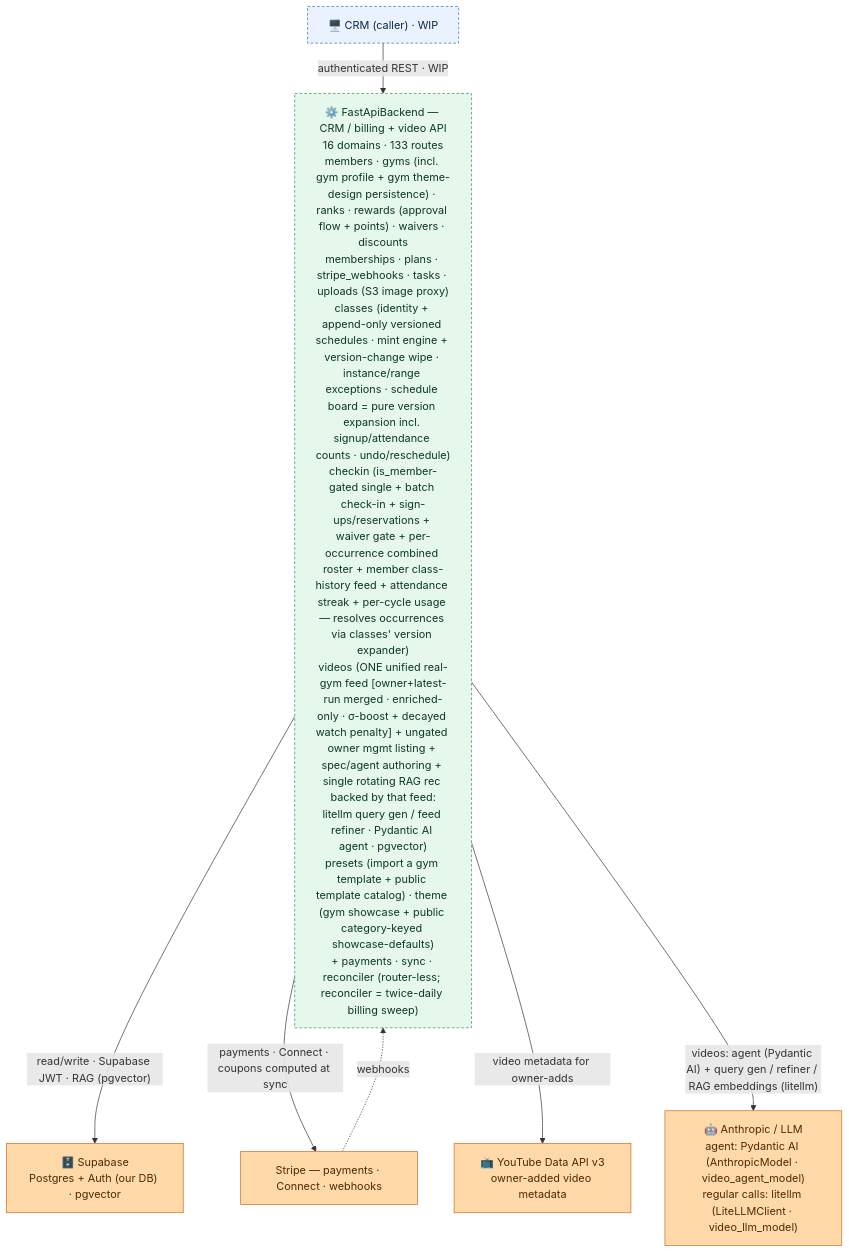
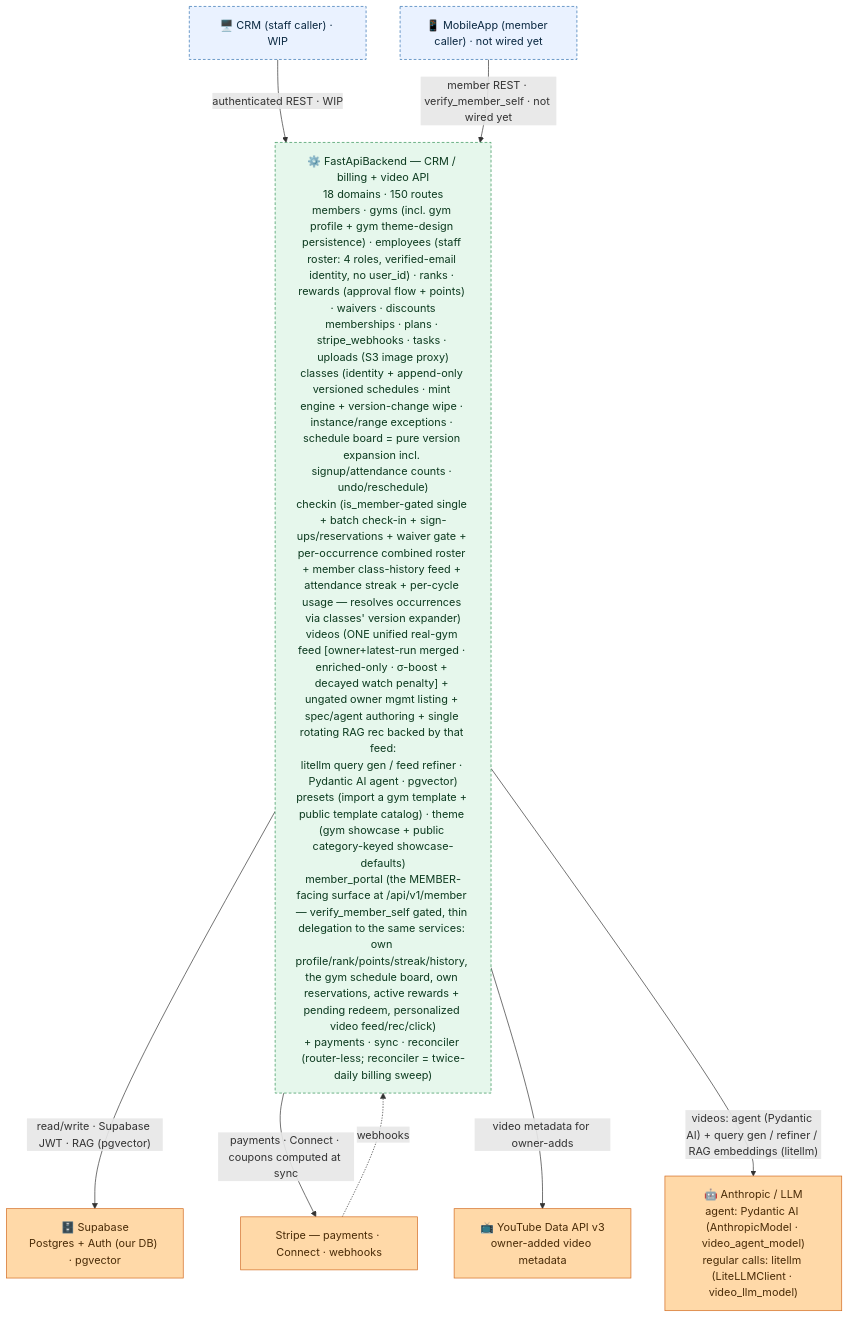
Before and after one commit to jesse51002/CombatDen: the diagram in FastApiBackend/README.md, drawn with Mermaid. The commit also changed other lines of this file and 264 other files, not shown here.

First line of the commit message:
Employees go live: 4-role staff access, email-linked identity, live employees domain (#55)

````diff
--- a/FastApiBackend/README.md
+++ b/FastApiBackend/README.md
@@ -16,23 +16,26 @@
 ```mermaid
 flowchart TB
-  CRM["🖥️ CRM (caller) · WIP"]
-  FB["⚙️ FastApiBackend — CRM / billing + video API<br/>16 domains · 133 routes<br/>members · gyms (incl. gym profile + gym theme-design persistence) · ranks · rewards (approval flow + points) · waivers · discounts<br/>memberships · plans · stripe_webhooks · tasks · uploads (S3 image proxy)<br/>classes (identity + append-only versioned schedules · mint engine + version-change wipe · instance/range exceptions · schedule board = pure version expansion incl. signup/attendance counts · undo/reschedule)<br/>checkin (is_member-gated single + batch check-in + sign-ups/reservations + waiver gate + per-occurrence combined roster + member class-history feed + attendance streak + per-cycle usage — resolves occurrences via classes' version expander)<br/>videos (ONE unified real-gym feed [owner+latest-run merged · enriched-only · σ-boost + decayed watch penalty] + ungated owner mgmt listing + spec/agent authoring + single rotating RAG rec backed by that feed:<br/>litellm query gen / feed refiner · Pydantic AI agent · pgvector)<br/>presets (import a gym template + public template catalog) · theme (gym showcase + public category-keyed showcase-defaults)<br/>+ payments · sync · reconciler (router-less; reconciler = twice-daily billing sweep)"]
+  CRM["🖥️ CRM (staff caller) · WIP"]
+  MobileApp["📱 MobileApp (member caller) · not wired yet"]
+  FB["⚙️ FastApiBackend — CRM / billing + video API<br/>18 domains · 150 routes<br/>members · gyms (incl. gym profile + gym theme-design persistence) · employees (staff roster: 4 roles, verified-email identity, no user_id) · ranks · rewards (approval flow + points) · waivers · discounts<br/>memberships · plans · stripe_webhooks · tasks · uploads (S3 image proxy)<br/>classes (identity + append-only versioned schedules · mint engine + version-change wipe · instance/range exceptions · schedule board = pure version expansion incl. signup/attendance counts · undo/reschedule)<br/>checkin (is_member-gated single + batch check-in + sign-ups/reservations + waiver gate + per-occurrence combined roster + member class-history feed + attendance streak + per-cycle usage — resolves occurrences via classes' version expander)<br/>videos (ONE unified real-gym feed [owner+latest-run merged · enriched-only · σ-boost + decayed watch penalty] + ungated owner mgmt listing + spec/agent authoring + single rotating RAG rec backed by that feed:<br/>litellm query gen / feed refiner · Pydantic AI agent · pgvector)<br/>presets (import a gym template + public template catalog) · theme (gym showcase + public category-keyed showcase-defaults)<br/>member_portal (the MEMBER-facing surface at /api/v1/member — verify_member_self gated, thin delegation to the same services: own profile/rank/points/streak/history, the gym schedule board, own reservations, active rewards + pending redeem, personalized video feed/rec/click)<br/>+ payments · sync · reconciler (router-less; reconciler = twice-daily billing sweep)"]
   Supabase["🗄️ Supabase<br/>Postgres + Auth (our DB) · pgvector"]
   Stripe["Stripe — payments · Connect · webhooks"]
   YouTube["📺 YouTube Data API v3<br/>owner-added video metadata"]
   LLMProvider["🤖 Anthropic / LLM<br/>agent: Pydantic AI (AnthropicModel · video_agent_model)<br/>regular calls: litellm (LiteLLMClient · video_llm_model)"]
   CRM -->|"authenticated REST · WIP"| FB
+  MobileApp -->|"member REST · verify_member_self · not wired yet"| FB
   FB -->|"read/write · Supabase JWT · RAG (pgvector)"| Supabase
   FB -->|"payments · Connect · coupons computed at sync"| Stripe
   Stripe -.->|"webhooks"| FB
   FB -->|"video metadata for owner-adds"| YouTube
   FB -->|"videos: agent (Pydantic AI) + query gen / refiner / RAG embeddings (litellm)"| LLMProvider
   classDef client fill:#eaf2ff,stroke:#2f6fb0,color:#0b2942;
   classDef svc fill:#e6f7ec,stroke:#2f8f53,color:#0c3a1f;
   classDef ext fill:#ffd9a8,stroke:#d2691e,color:#4a2c08;
-  class CRM client;
+  class CRM,MobileApp client;
   class FB svc;
   class Supabase,Stripe,YouTube,LLMProvider ext;
   style CRM stroke-dasharray:4 3;
+  style MobileApp stroke-dasharray:4 3;
   style FB stroke-dasharray:4 3;
 ```
````
